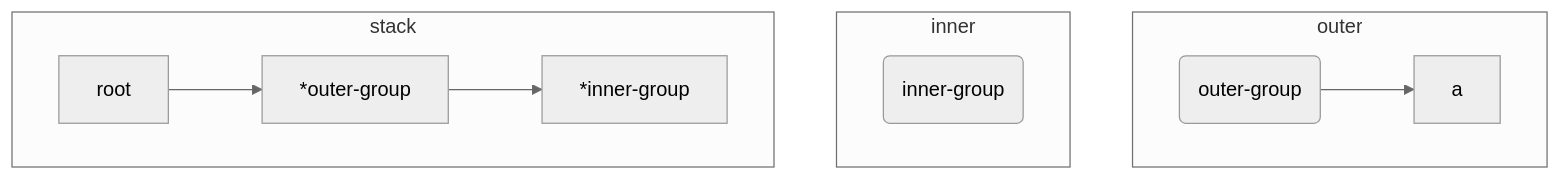
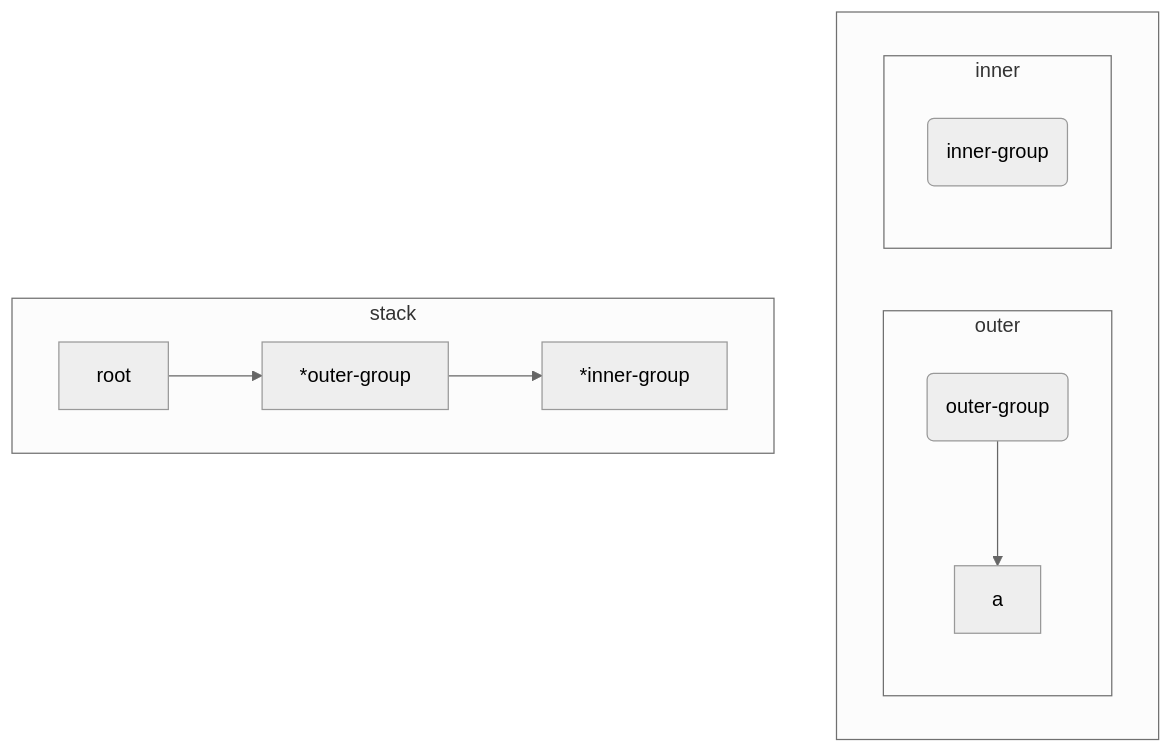
One commit to LeweyM/LeweyM.github.io changed the third of 7 diagrams in personal-site/content/posts/9-Groups.md. Above: the diagram before and after it, drawn with Mermaid (neutral theme). The commit also changed other lines of this file, not shown here.

````diff
--- a/personal-site/content/posts/9-Groups.md
+++ b/personal-site/content/posts/9-Groups.md
@@ -174,29 +177,29 @@
 ```mermaid
 graph TD
 
   
-
+subgraph " "
 subgraph "outer"
 
 1(outer-group) --> 2[a]
 
 end
 
   
 
 subgraph "inner"
 
 3(inner-group)
 
 end
 
-  
+end
 
 subgraph stack
 
 root --> *outer-group
 
 *outer-group --> *inner-group
 
 end
 ```
````
